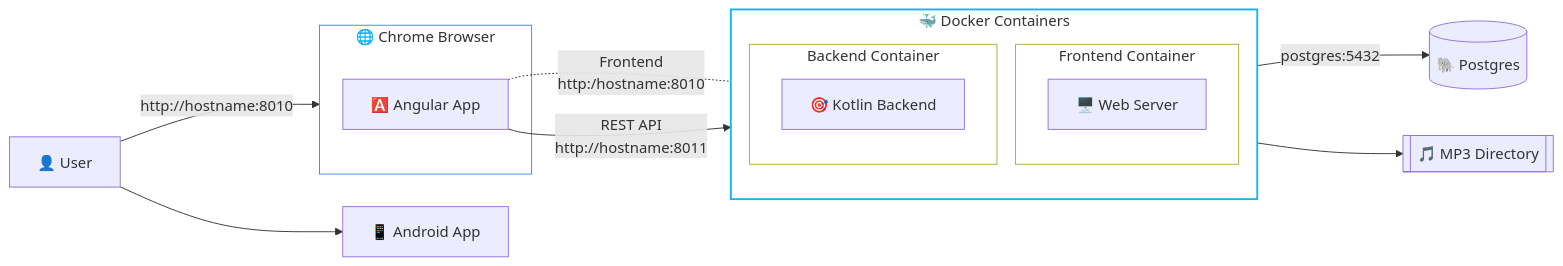
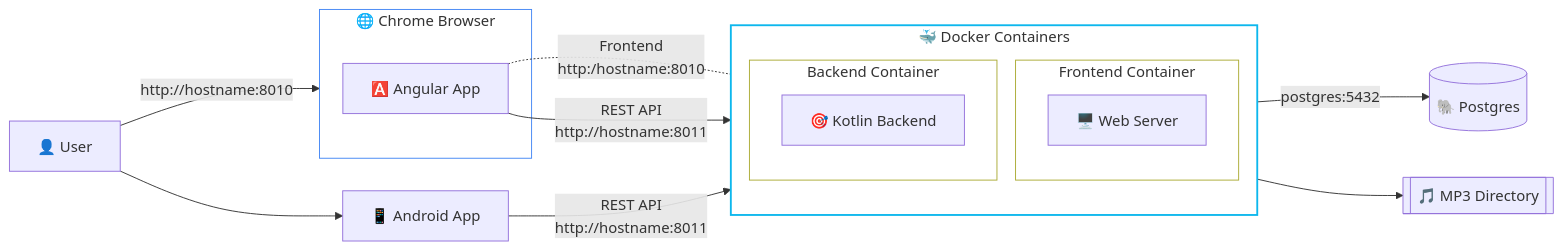
The first of 2 diagrams in README.md (richardeigenmann/Music-Spring), drawn with Mermaid before and after one commit.

Commit message:
Update Mermaid diagram

````diff
--- a/README.md
+++ b/README.md
@@ -33,50 +33,50 @@
 ```mermaid
 graph LR
     %% Entity Definitions
     User["👤 User"]
 
     Android["📱 Android App"]
     
     subgraph Browser ["🌐 Chrome Browser"]
         App["🅰️ Angular App"]
     end
 
     subgraph Docker ["🐳 Docker Containers"]
         direction TB
         subgraph FE ["Frontend Container"]
             WS["🖥️ Web Server"]
         end
         
         %% Vertical strut
         %%FE ~~~ BE
         
         subgraph BE ["Backend Container"]
             Backend["🎯 Kotlin Backend"]
         end
     end
 
     DB[("🐘 Postgres")]
     Files[["🎵 MP3 Directory"]]
    
     User -->|http://hostname:8010| Browser
     
     User --> Android
 
     %% Reverse the arrow syntax to force WS to the RIGHT of App
     App <-.-|Frontend\nhttp:/hostname:8010| WS
     
     %% Standard flow to the backend
     App -->|REST API\nhttp://hostname:8011| Backend
     
-    %% Android -->|REST API\nhttp://hostname:8011| Backend
+    Android -->|REST API\nhttp://hostname:8011| Backend
 
     %% Backend data flow
     Backend -->|postgres:5432| DB
     Backend --> Files
 
     %% Styling
     style Browser fill:#fff,stroke:#4285F4
     style Docker fill:#fff,stroke:#0db7ed,stroke-width:2px
     style FE fill:#fff
     style BE fill:#fff
 ```
````
